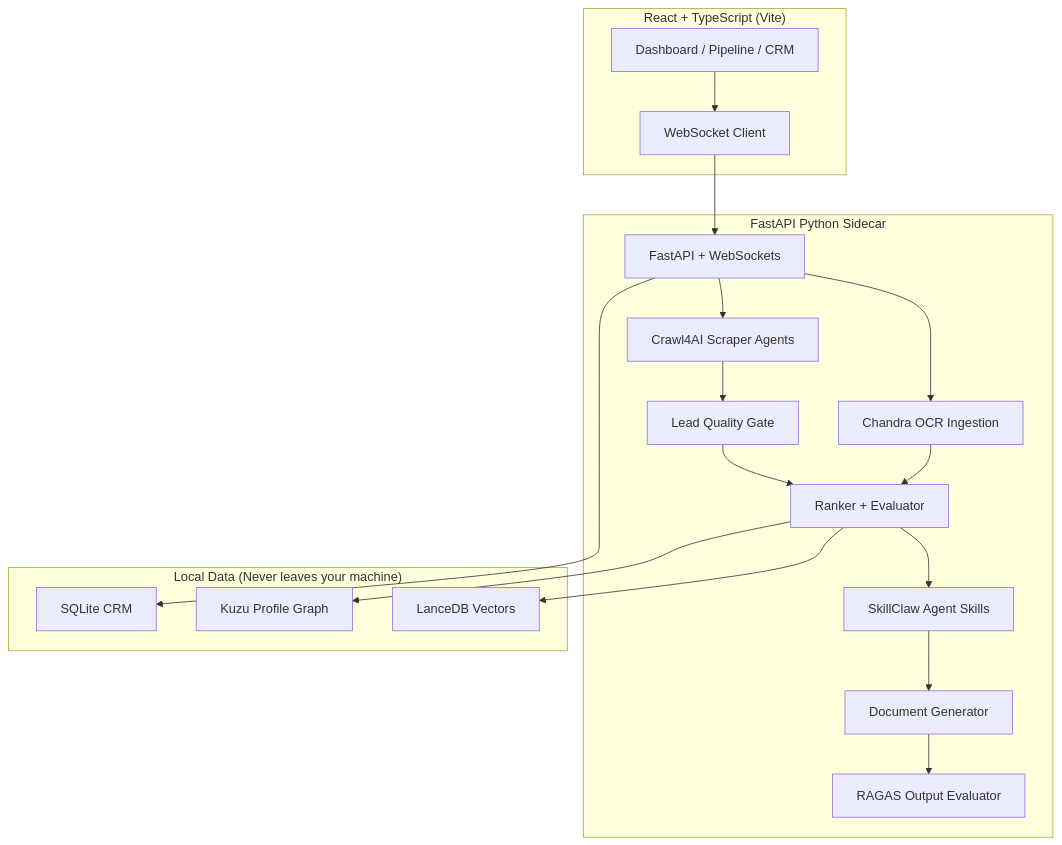
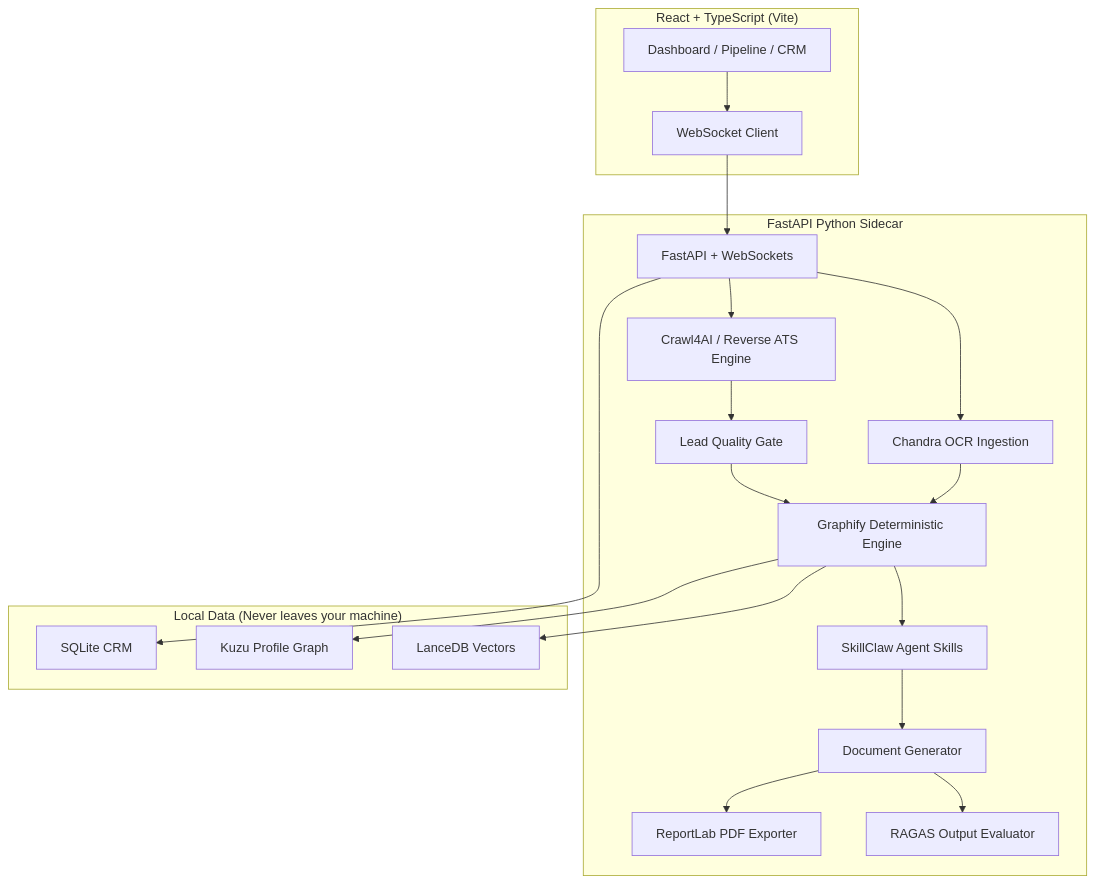
The diagram in README.md (zentrium74/JobHunter), drawn with Mermaid before and after one commit. The commit also changed other lines of this file, not shown here.

Commit message:
docs: Update README with PDF Exporter, Kanban CRM, multi-location, ATS Scanner, and Graphify Engine

````diff
--- a/README.md
+++ b/README.md
@@ -29,30 +31,32 @@
 ```mermaid
 flowchart TB
     subgraph Frontend["React + TypeScript (Vite)"]
         UI["Dashboard / Pipeline / CRM"]
         WS["WebSocket Client"]
     end
     subgraph Backend["FastAPI Python Sidecar"]
         API["FastAPI + WebSockets"]
-        Crawler["Crawl4AI Scraper Agents"]
+        Crawler["Crawl4AI / Reverse ATS Engine"]
         OCR["Chandra OCR Ingestion"]
         Gate["Lead Quality Gate"]
-        Ranker["Ranker + Evaluator"]
+        Ranker["Graphify Deterministic Engine"]
         Skills["SkillClaw Agent Skills"]
         Generator["Document Generator"]
+        PDF["ReportLab PDF Exporter"]
         Evaluator["RAGAS Output Evaluator"]
     end
     subgraph DataLayer["Local Data (Never leaves your machine)"]
         SQLite["SQLite CRM"]
         Kuzu["Kuzu Profile Graph"]
         LanceDB["LanceDB Vectors"]
     end
 
     UI --> WS --> API
     API --> Crawler --> Gate --> Ranker
     API --> OCR --> Ranker
     Ranker --> Skills --> Generator --> Evaluator
+    Generator --> PDF
     Ranker --> Kuzu
     Ranker --> LanceDB
     API --> SQLite
 ```
````
